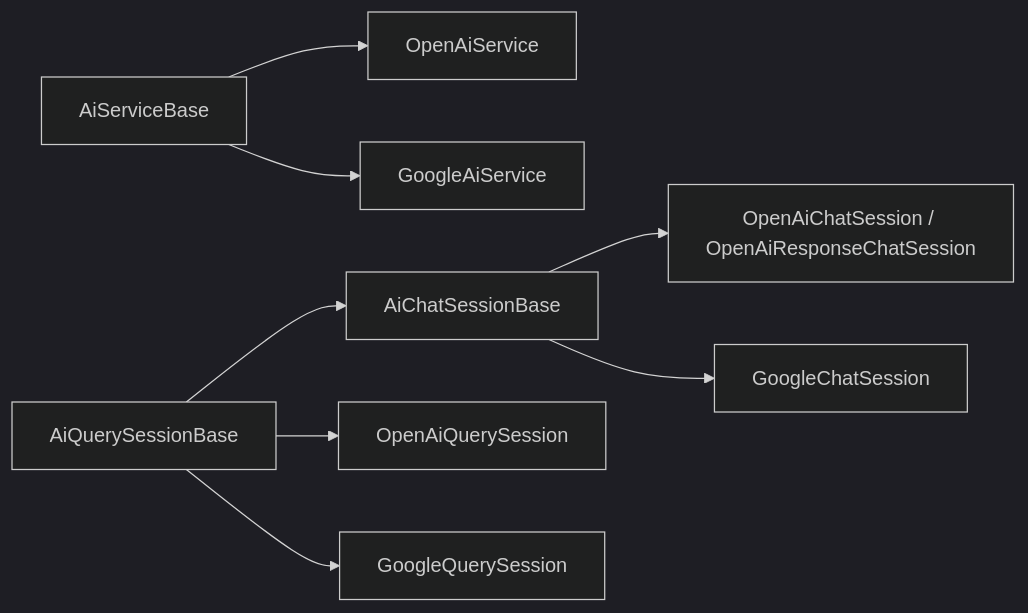
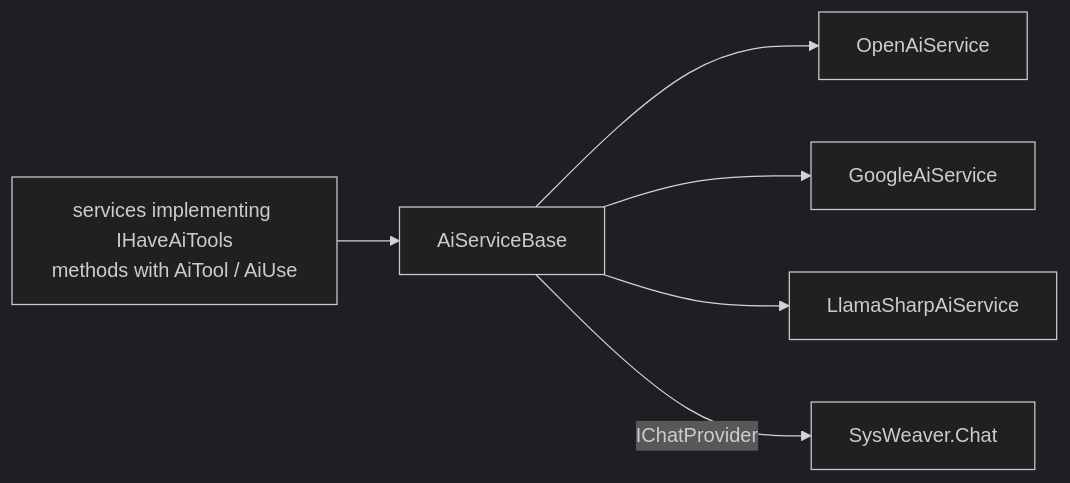
One commit to dosh1974/SysWeaver changed the diagram in SysWeaver.AI/README.md. Above: the diagram before and after it, drawn with Mermaid (dark theme). The commit also changed other lines of this file and 532 other files, not shown here.

````diff
--- a/SysWeaver.AI/README.md
+++ b/SysWeaver.AI/README.md
@@ -33,10 +18,8 @@
 ```mermaid
 flowchart LR
-  B["AiServiceBase"] --> O["OpenAiService"]
+  Tools["services implementing IHaveAiTools<br/>methods with AiTool / AiUse"] --> B["AiServiceBase"]
+  B --> O["OpenAiService"]
   B --> G["GoogleAiService"]
-  Q["AiQuerySessionBase"] --> C["AiChatSessionBase"]
-  Q --> OQ["OpenAiQuerySession"]
-  Q --> GQ["GoogleQuerySession"]
-  C --> OC["OpenAiChatSession / OpenAiResponseChatSession"]
-  C --> GC["GoogleChatSession"]
+  B --> L["LlamaSharpAiService"]
+  B -- "IChatProvider" --> Chat["SysWeaver.Chat"]
 ```
````
